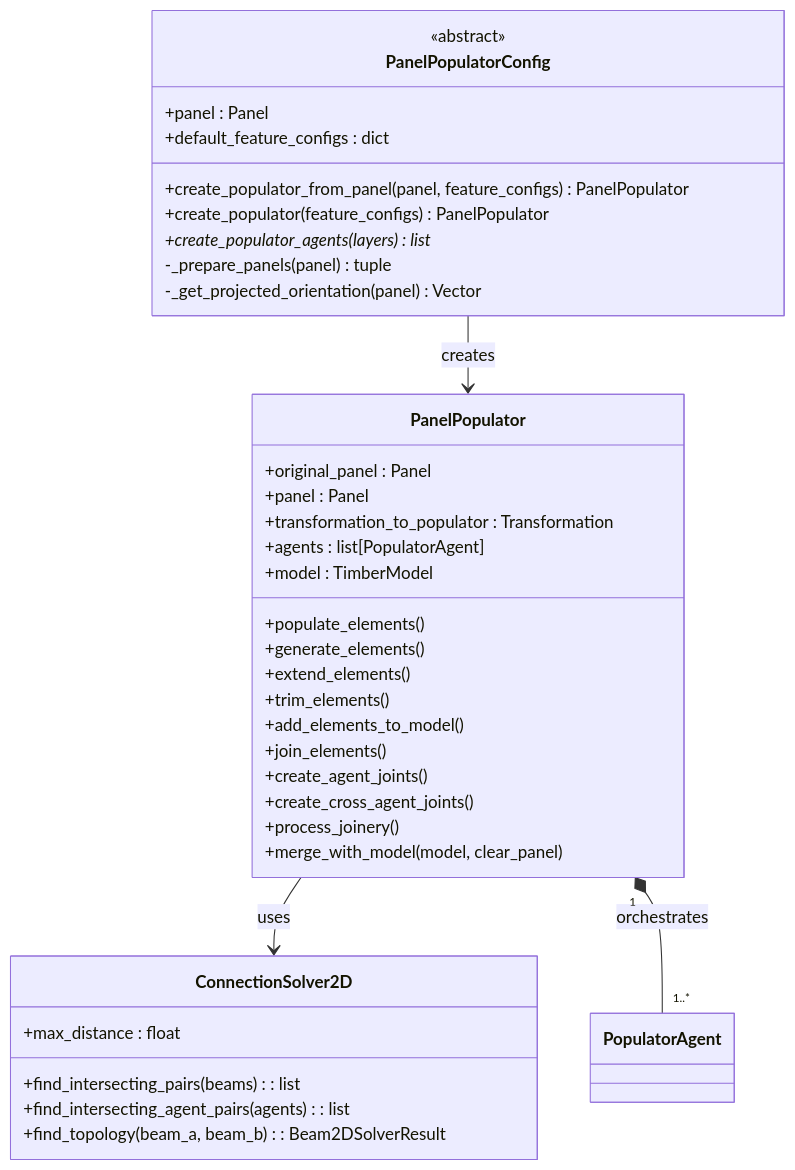
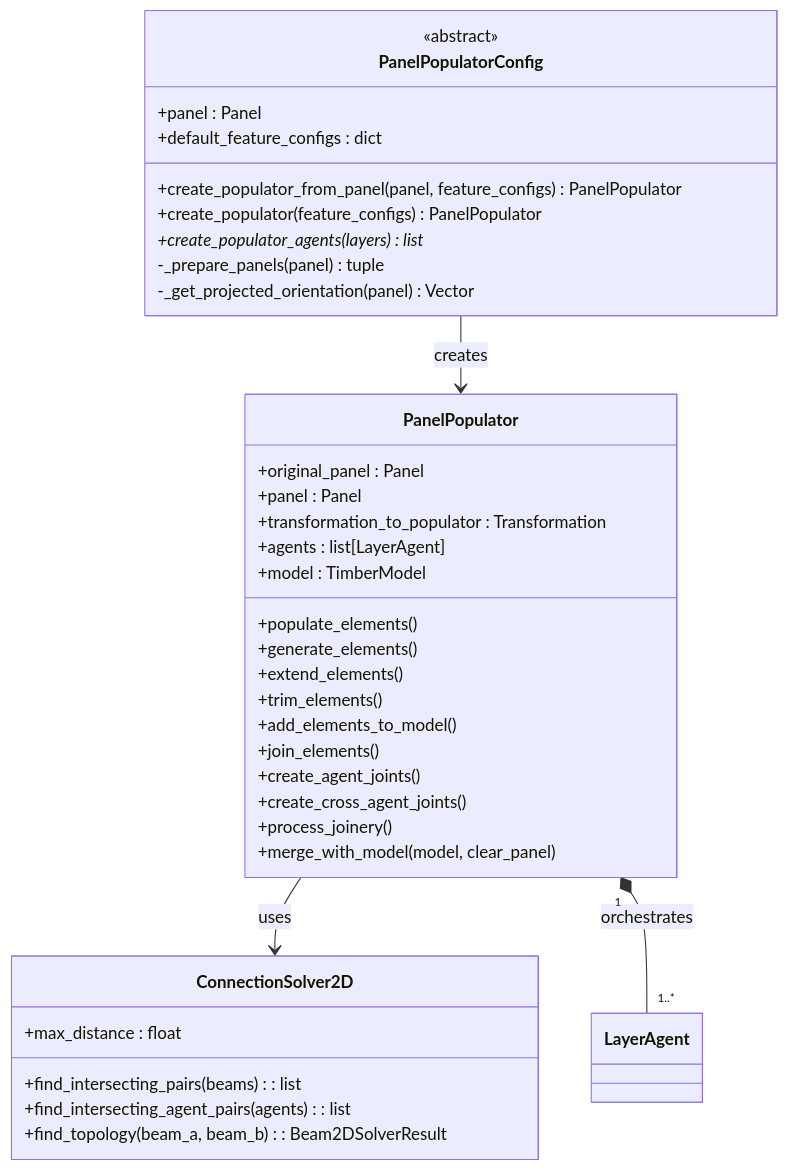
The first of 6 diagrams in docs/contribution/class_diagrams.md (gramaziokohler/timber_design), drawn with Mermaid before and after one commit. The commit also changed other lines of this file and 28 other files, not shown here.

````diff
--- a/docs/contribution/class_diagrams.md
+++ b/docs/contribution/class_diagrams.md
@@ -14,43 +14,43 @@
 ```mermaid
 classDiagram
 
     class PanelPopulator {
         +original_panel : Panel
         +panel : Panel
         +transformation_to_populator : Transformation
-        +agents : list[PopulatorAgent]
+        +agents : list[LayerAgent]
         +model : TimberModel
         +populate_elements()
         +generate_elements()
         +extend_elements()
         +trim_elements()
         +add_elements_to_model()
         +join_elements()
         +create_agent_joints()
         +create_cross_agent_joints()
         +process_joinery()
         +merge_with_model(model, clear_panel)
     }
 
     class PanelPopulatorConfig {
         <<abstract>>
         +panel : Panel
         +default_feature_configs : dict
         +create_populator_from_panel(panel, feature_configs) PanelPopulator
         +create_populator(feature_configs) PanelPopulator
         +create_populator_agents(layers)* list
         -_prepare_panels(panel) tuple
         -_get_projected_orientation(panel) Vector
     }
 
     class ConnectionSolver2D {
         +max_distance : float
         +find_intersecting_pairs(beams) : list
         +find_intersecting_agent_pairs(agents) : list
         +find_topology(beam_a, beam_b) : Beam2DSolverResult
     }
 
     PanelPopulatorConfig --> PanelPopulator : creates
     PanelPopulator --> ConnectionSolver2D : uses
-    PanelPopulator "1" *-- "1..*" PopulatorAgent : orchestrates
+    PanelPopulator "1" *-- "1..*" LayerAgent : orchestrates
 ```
````
